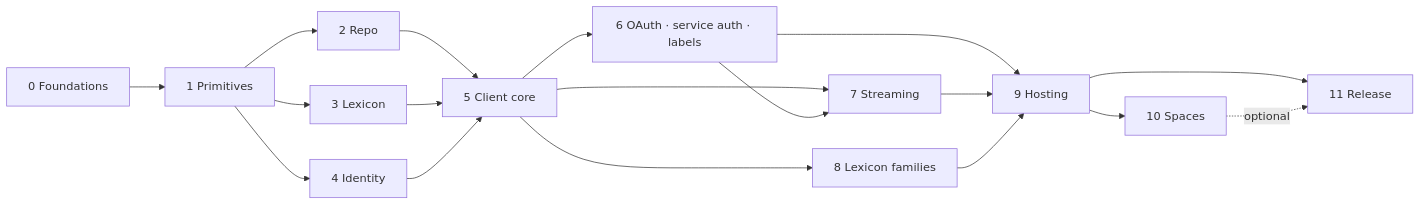
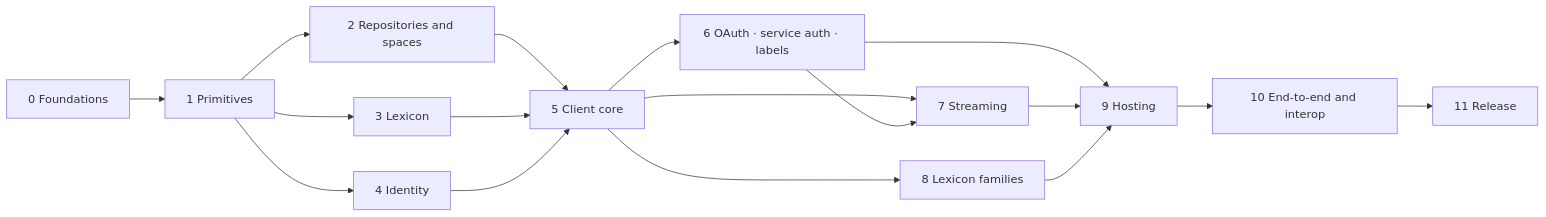
One commit to Grandiras/ATProto.NET changed the diagram in design/05-rewrite-plan.md. Above: the diagram before and after it, drawn with Mermaid. The commit also changed other lines of this file and 8 other files, not shown here.

````diff
--- a/design/05-rewrite-plan.md
+++ b/design/05-rewrite-plan.md
@@ -22,19 +23,18 @@
 ```mermaid
 flowchart LR
-    P0["0 Foundations"] --> P1["1 Primitives"] --> P2["2 Repo"]
+    P0["0 Foundations"] --> P1["1 Primitives"] --> P2["2 Repositories and spaces"]
     P1 --> P3["3 Lexicon"]
     P1 --> P4["4 Identity"]
     P2 --> P5["5 Client core"]
     P3 --> P5
     P4 --> P5
     P5 --> P6["6 OAuth · service auth · labels"]
     P5 --> P7["7 Streaming"]
     P6 --> P7
     P5 --> P8["8 Lexicon families"]
     P6 --> P9["9 Hosting"]
     P7 --> P9
     P8 --> P9
-    P9 --> P10["10 Spaces"]
-    P9 --> P11["11 Release"]
-    P10 -.optional.-> P11
+    P9 --> P10["10 End-to-end and interop"]
+    P10 --> P11["11 Release"]
 ```
````
